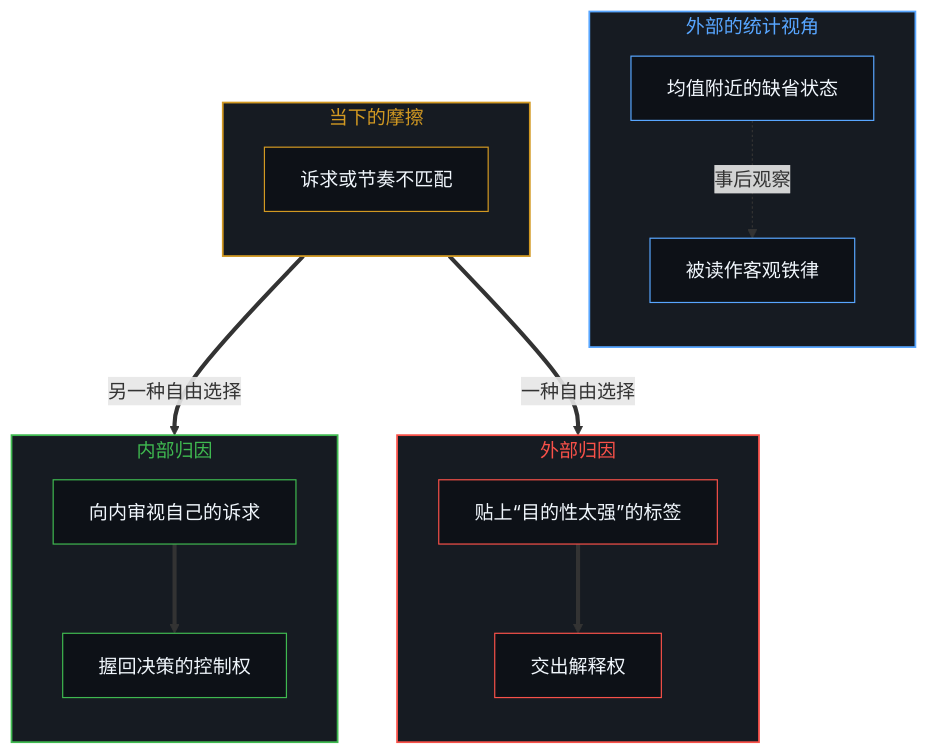
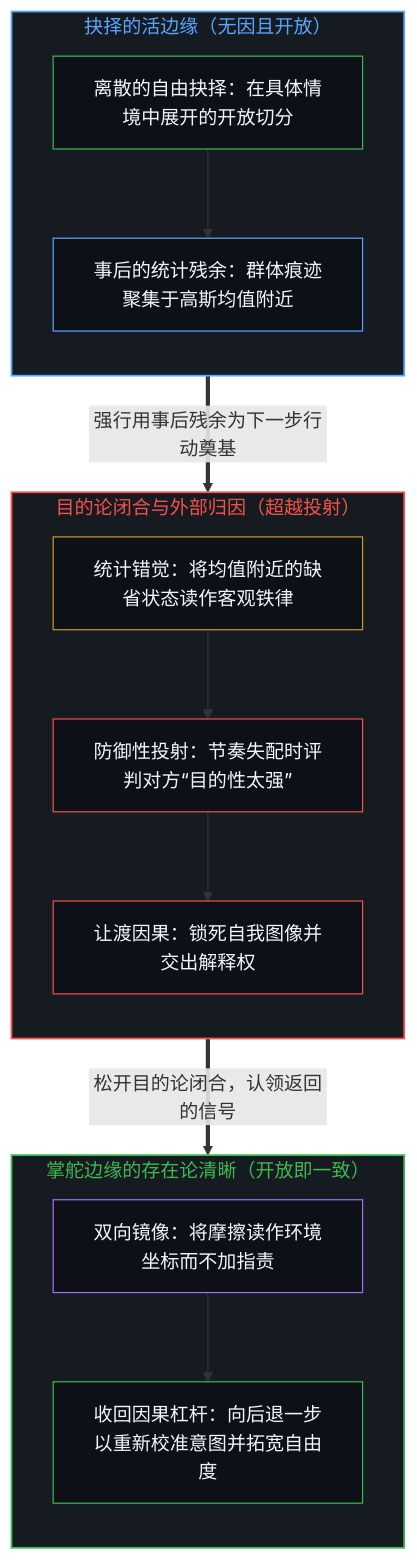
One commit to powerpig99/not-a-toe changed the first of 2 diagrams in content/posts/cong-mu-di-xing-de-ping-pan-kan-ren-zhi-que-sheng.md. Above: the diagram before and after it, drawn with Mermaid. The commit also changed other lines of this file and 2 other files, not shown here.

````diff
--- a/content/posts/cong-mu-di-xing-de-ping-pan-kan-ren-zhi-que-sheng.md
+++ b/content/posts/cong-mu-di-xing-de-ping-pan-kan-ren-zhi-que-sheng.md
@@ -43,38 +39,38 @@
 ```mermaid
 flowchart TD
-    subgraph S_Stat["外部的统计视角"]
+    subgraph S_Edge["抉择的活边缘（无因且开放）"]
         direction TB
-        N1["均值附近的缺省状态"]
-        N2["被读作客观铁律"]
+        E_Act["离散的自由抉择：在具体情境中展开的开放切分"]
+        E_Stat["事后的统计残余：群体痕迹聚集于高斯均值附近"]
+        E_Act --> E_Stat
     end
-    subgraph S_Fric["当下的摩擦"]
+
+    subgraph S_Proj["目的论闭合与外部归因（超越投射）"]
         direction TB
-        F1["诉求或节奏不匹配"]
+        P_Law["统计错觉：将均值附近的缺省状态读作客观铁律"]
+        P_Label["防御性投射：节奏失配时评判对方“目的性太强”"]
+        P_Surr["让渡因果：锁死自我图像并交出解释权"]
+        P_Law --> P_Label --> P_Surr
     end
-    subgraph S_Out["外部归因"]
+
+    subgraph S_Open["掌舵边缘的存在论清晰（开放即一致）"]
         direction TB
-        O1["贴上“目的性太强”的标签"]
-        O2["交出解释权"]
+        O_Mirror["双向镜像：将摩擦读作环境坐标而不加指责"]
+        O_Claim["收回因果杠杆：向后退一步以重新校准意图并拓宽自由度"]
+        O_Mirror --> O_Claim
     end
-    subgraph S_In["内部归因"]
-        direction TB
-        I1["向内审视自己的诉求"]
-        I2["握回决策的控制权"]
-    end
-    N1 -.->|"事后观察"| N2
-    F1 ==>|"一种自由选择"| O1
-    O1 ==> O2
-    F1 ==>|"另一种自由选择"| I1
-    I1 ==> I2
-    style S_Stat fill:#161b22,stroke:#58a6ff,stroke-width:1.5px,color:#58a6ff
-    style S_Fric fill:#161b22,stroke:#d29922,stroke-width:1.5px,color:#d29922
-    style S_Out fill:#161b22,stroke:#f85149,stroke-width:1.5px,color:#f85149
-    style S_In fill:#161b22,stroke:#3fb950,stroke-width:1.5px,color:#3fb950
-    style N1 fill:#0d1117,stroke:#58a6ff,stroke-width:1px,color:#f0f6fc
-    style N2 fill:#0d1117,stroke:#58a6ff,stroke-width:1px,color:#f0f6fc
-    style F1 fill:#0d1117,stroke:#d29922,stroke-width:1px,color:#f0f6fc
-    style O1 fill:#0d1117,stroke:#f85149,stroke-width:1px,color:#f0f6fc
-    style O2 fill:#0d1117,stroke:#f85149,stroke-width:1px,color:#f0f6fc
-    style I1 fill:#0d1117,stroke:#3fb950,stroke-width:1px,color:#f0f6fc
-    style I2 fill:#0d1117,stroke:#3fb950,stroke-width:1px,color:#f0f6fc
+
+    E_Stat ==>|"强行用事后残余为下一步行动奠基"| P_Law
+    P_Surr ==>|"松开目的论闭合，认领返回的信号"| O_Mirror
+
+    style S_Edge fill:#161b22,stroke:#58a6ff,stroke-width:1.5px,color:#58a6ff
+    style S_Proj fill:#161b22,stroke:#f85149,stroke-width:1.5px,color:#f85149
+    style S_Open fill:#161b22,stroke:#3fb950,stroke-width:1.5px,color:#3fb950
+    style E_Act fill:#0d1117,stroke:#3fb950,stroke-width:1px,color:#f0f6fc
+    style E_Stat fill:#0d1117,stroke:#58a6ff,stroke-width:1px,color:#f0f6fc
+    style P_Law fill:#0d1117,stroke:#d29922,stroke-width:1px,color:#f0f6fc
+    style P_Label fill:#0d1117,stroke:#f85149,stroke-width:1px,color:#f0f6fc
+    style P_Surr fill:#0d1117,stroke:#f85149,stroke-width:1px,color:#f0f6fc
+    style O_Mirror fill:#0d1117,stroke:#a371f7,stroke-width:1px,color:#f0f6fc
+    style O_Claim fill:#0d1117,stroke:#3fb950,stroke-width:1px,color:#f0f6fc
 ```
````
